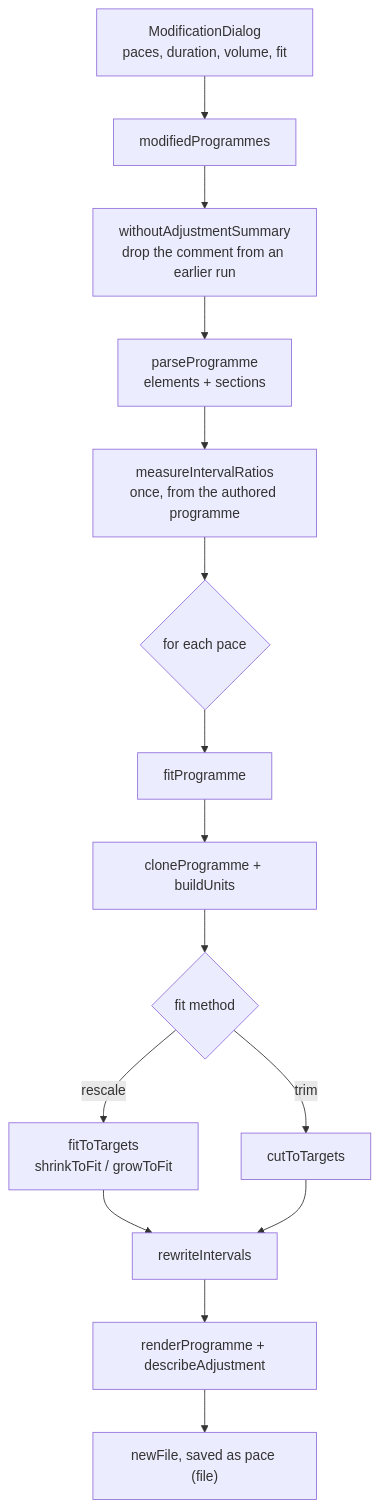
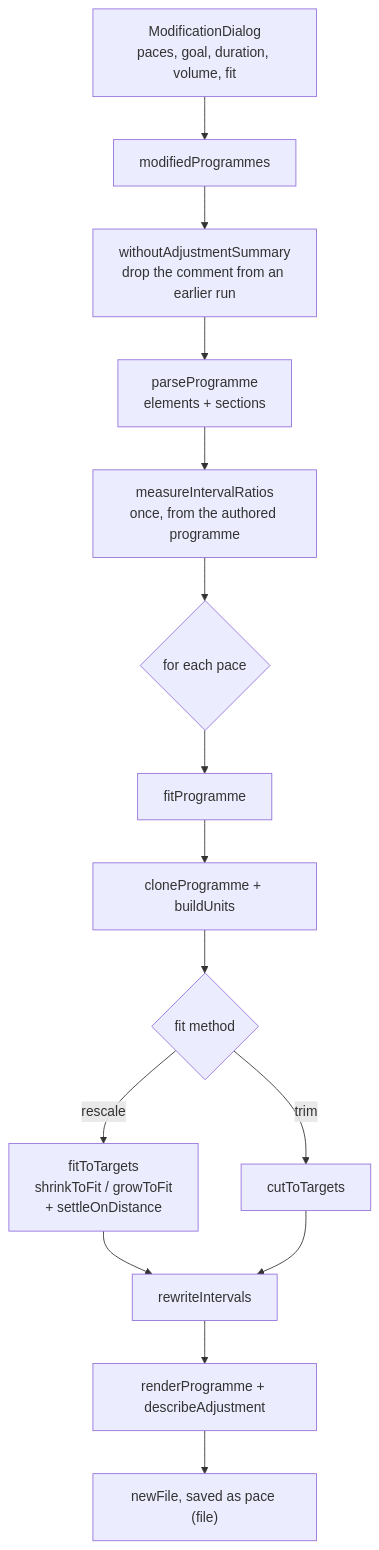
Before and after one commit to bartneck/SwimDsl: the diagram in docs/programme-adjustment.md, drawn with Mermaid. The commit also changed other lines of this file and 4 other files, not shown here.

````diff
--- a/docs/programme-adjustment.md
+++ b/docs/programme-adjustment.md
@@ -136,17 +141,17 @@
 ```mermaid
 flowchart TD
-    D[ModificationDialog<br/>paces, duration, volume, fit] --> M[modifiedProgrammes]
+    D[ModificationDialog<br/>paces, goal, duration, volume, fit] --> M[modifiedProgrammes]
     M --> S[withoutAdjustmentSummary<br/>drop the comment from an earlier run]
     S --> P[parseProgramme<br/>elements + sections]
     P --> R[measureIntervalRatios<br/>once, from the authored programme]
     R --> L{for each pace}
     L --> F[fitProgramme]
     F --> C[cloneProgramme + buildUnits]
     C --> Q{fit method}
-    Q -- rescale --> RS[fitToTargets<br/>shrinkToFit / growToFit]
+    Q -- rescale --> RS[fitToTargets<br/>shrinkToFit / growToFit<br/>+ settleOnDistance]
     Q -- trim --> TR[cutToTargets]
     RS --> I[rewriteIntervals]
     TR --> I
     I --> O[renderProgramme + describeAdjustment]
     O --> N["newFile, saved as pace (file)"]
 ```
````
